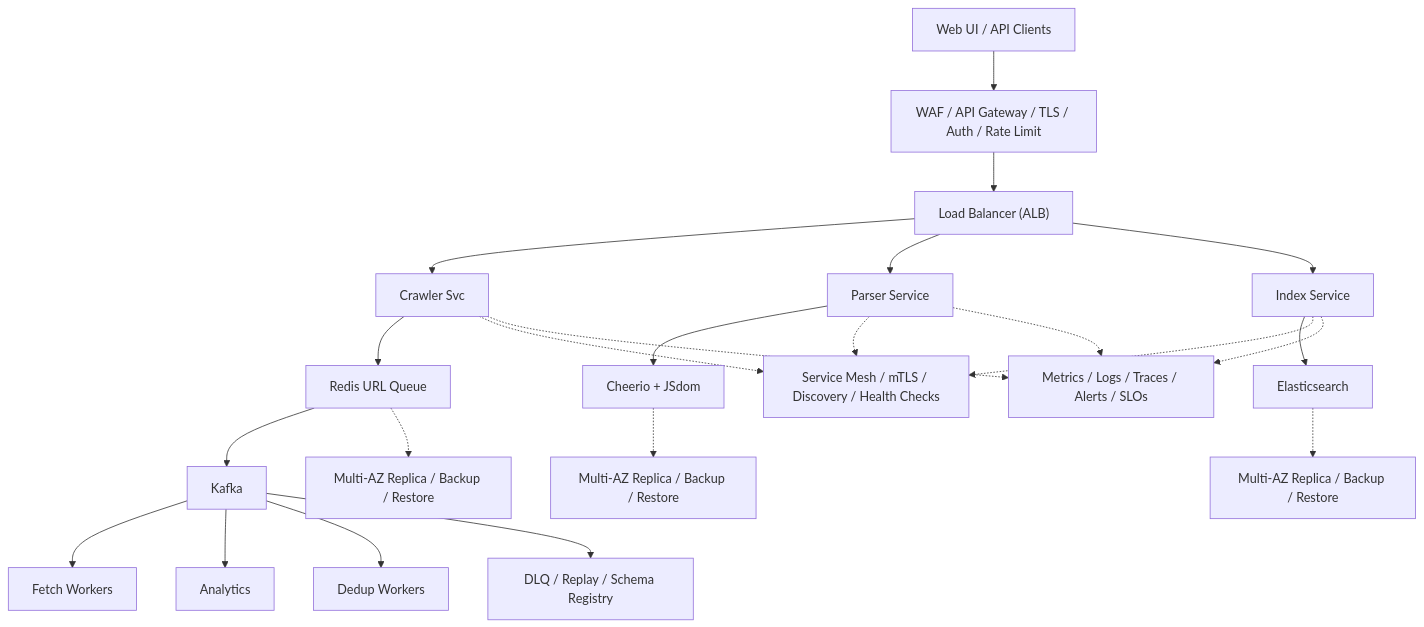
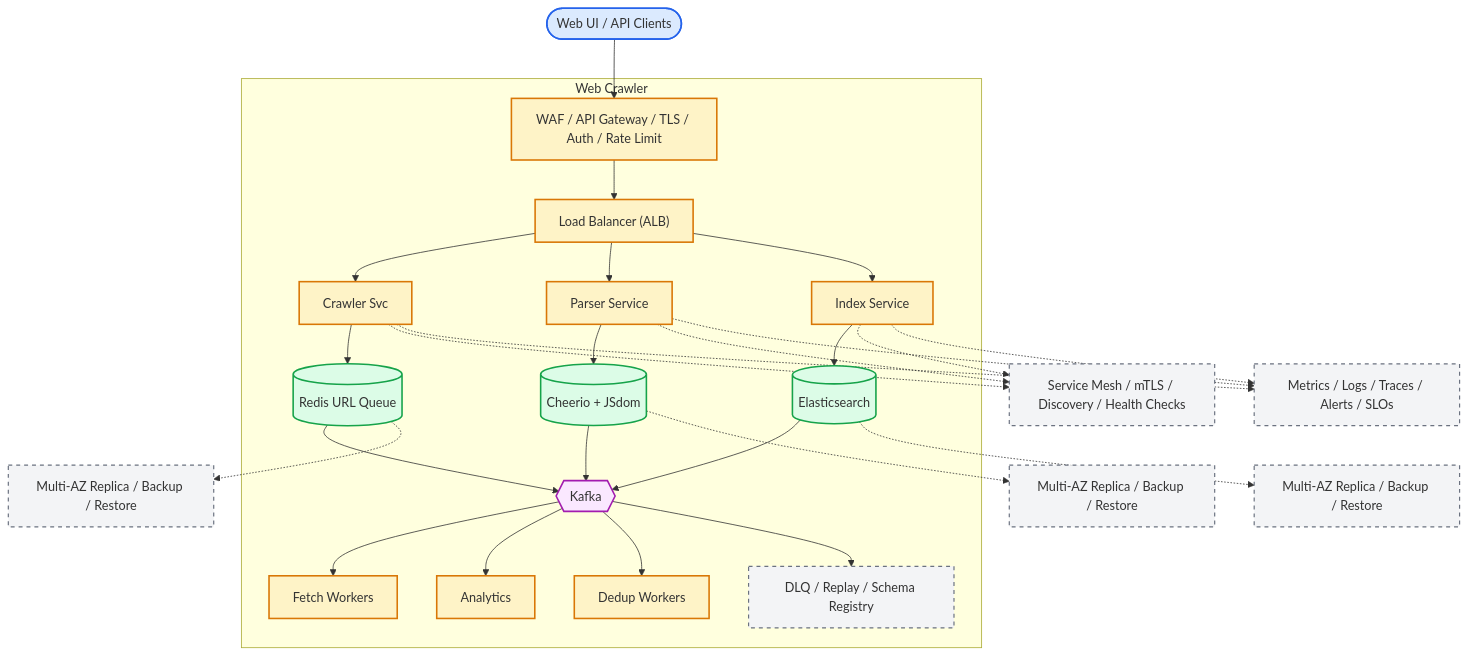
Before and after one commit to aishwary11/system-design: the diagram in system-design-web-crawler.md, drawn with Mermaid. The commit also changed other lines of this file and 36 other files, not shown here.

First line of the commit message:
Standardize all diagrams on C4-style Mermaid template

````diff
--- a/system-design-web-crawler.md
+++ b/system-design-web-crawler.md
@@ -43,25 +43,65 @@
 ```mermaid
 flowchart TB
-    clients["Web UI / API Clients"] --> edge["WAF / API Gateway / TLS / Auth / Rate Limit"]
-    edge --> lb["Load Balancer (ALB)"]
-    lb --> svc0["Crawler Svc"]
-    lb --> svc1["Parser Service"]
-    lb --> svc2["Index Service"]
-    svc0 --> store0["Redis URL Queue"]
-    svc1 --> store1["Cheerio + JSdom"]
-    svc2 --> store2["Elasticsearch"]
-    store0 --> stream["Kafka"]
-    stream --> worker0["Fetch Workers"]
-    stream --> worker1["Analytics"]
-    stream --> worker2["Dedup Workers"]
-    svc0 -.-> platform["Service Mesh / mTLS / Discovery / Health Checks"]
-    svc1 -.-> platform
-    svc2 -.-> platform
-    store0 -.-> backup0["Multi-AZ Replica / Backup / Restore"]
-    store1 -.-> backup1["Multi-AZ Replica / Backup / Restore"]
-    store2 -.-> backup2["Multi-AZ Replica / Backup / Restore"]
-    stream --> dlq["DLQ / Replay / Schema Registry"]
-    svc0 -.-> ops["Metrics / Logs / Traces / Alerts / SLOs"]
+    %% Actors (people)
+    clients(["Web UI / API Clients"])
+
+    %% System boundary - containers owned by the platform
+    subgraph platform["Web Crawler"]
+        edge["WAF / API Gateway / TLS / Auth / Rate Limit"]
+        lb["Load Balancer (ALB)"]
+        svc0["Crawler Svc"]
+        svc1["Parser Service"]
+        svc2["Index Service"]
+        store0[("Redis URL Queue")]
+        store1[("Cheerio + JSdom")]
+        store2[("Elasticsearch")]
+        stream{{"Kafka"}}
+        worker0["Fetch Workers"]
+        worker1["Analytics"]
+        worker2["Dedup Workers"]
+        dlq["DLQ / Replay / Schema Registry"]
+    end
+
+    %% Cross-cutting control plane (dashed edges)
+    mesh["Service Mesh / mTLS / Discovery / Health Checks"]
+    ops["Metrics / Logs / Traces / Alerts / SLOs"]
+    backup0["Multi-AZ Replica / Backup / Restore"]
+    backup1["Multi-AZ Replica / Backup / Restore"]
+    backup2["Multi-AZ Replica / Backup / Restore"]
+
+    clients --> edge
+    edge --> lb
+    lb --> svc0
+    lb --> svc1
+    lb --> svc2
+    svc0 --> store0
+    svc1 --> store1
+    svc2 --> store2
+    store0 --> stream
+    store1 --> stream
+    store2 --> stream
+    stream --> worker0
+    stream --> worker1
+    stream --> worker2
+    stream --> dlq
+    svc0 -.-> mesh
+    svc1 -.-> mesh
+    svc2 -.-> mesh
+    svc0 -.-> ops
     svc1 -.-> ops
     svc2 -.-> ops
+    store0 -.-> backup0
+    store1 -.-> backup1
+    store2 -.-> backup2
+
+    classDef actor fill:#dbeafe,stroke:#2563eb,stroke-width:2px
+    classDef service fill:#fef3c7,stroke:#d97706,stroke-width:2px
+    classDef store fill:#dcfce7,stroke:#16a34a,stroke-width:2px
+    classDef broker fill:#fae8ff,stroke:#a21caf,stroke-width:2px
+    classDef control fill:#f3f4f6,stroke:#6b7280,stroke-width:1.5px,stroke-dasharray:5 5
+    class clients actor
+    class edge,lb,svc0,svc1,svc2,worker0,worker1,worker2 service
+    class store0,store1,store2 store
+    class stream broker
+    class dlq,mesh,ops,backup0,backup1,backup2 control
 ```
````
